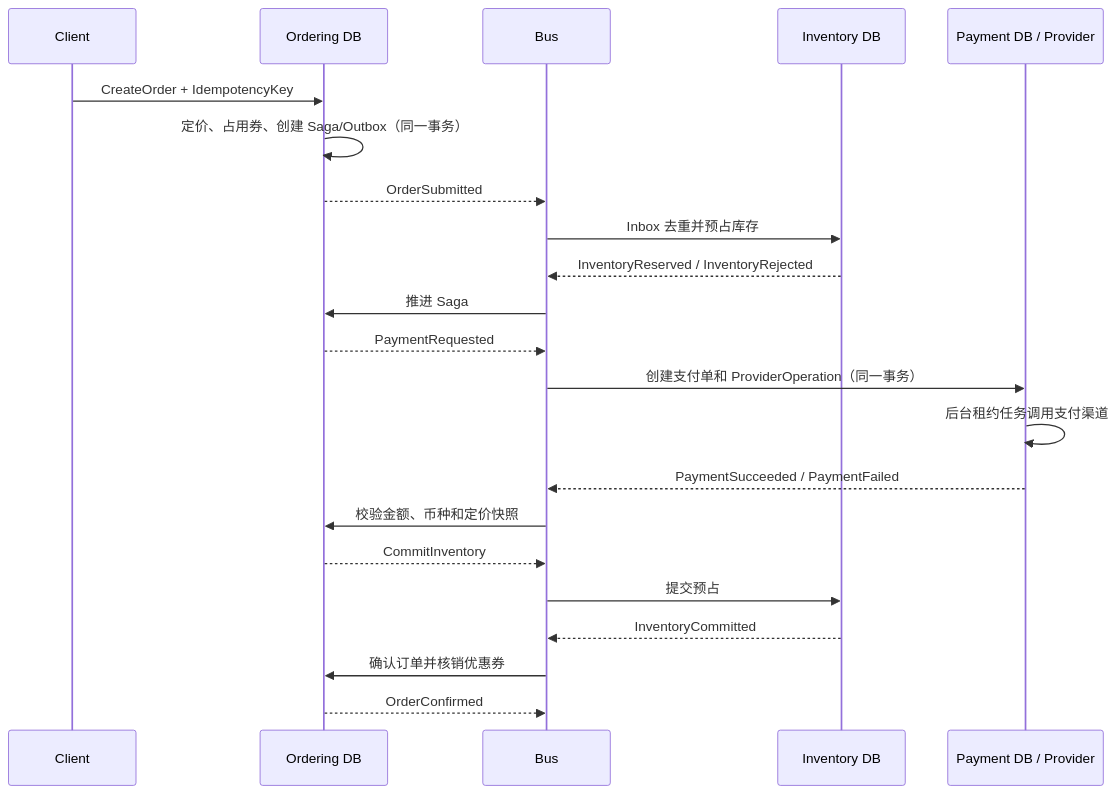
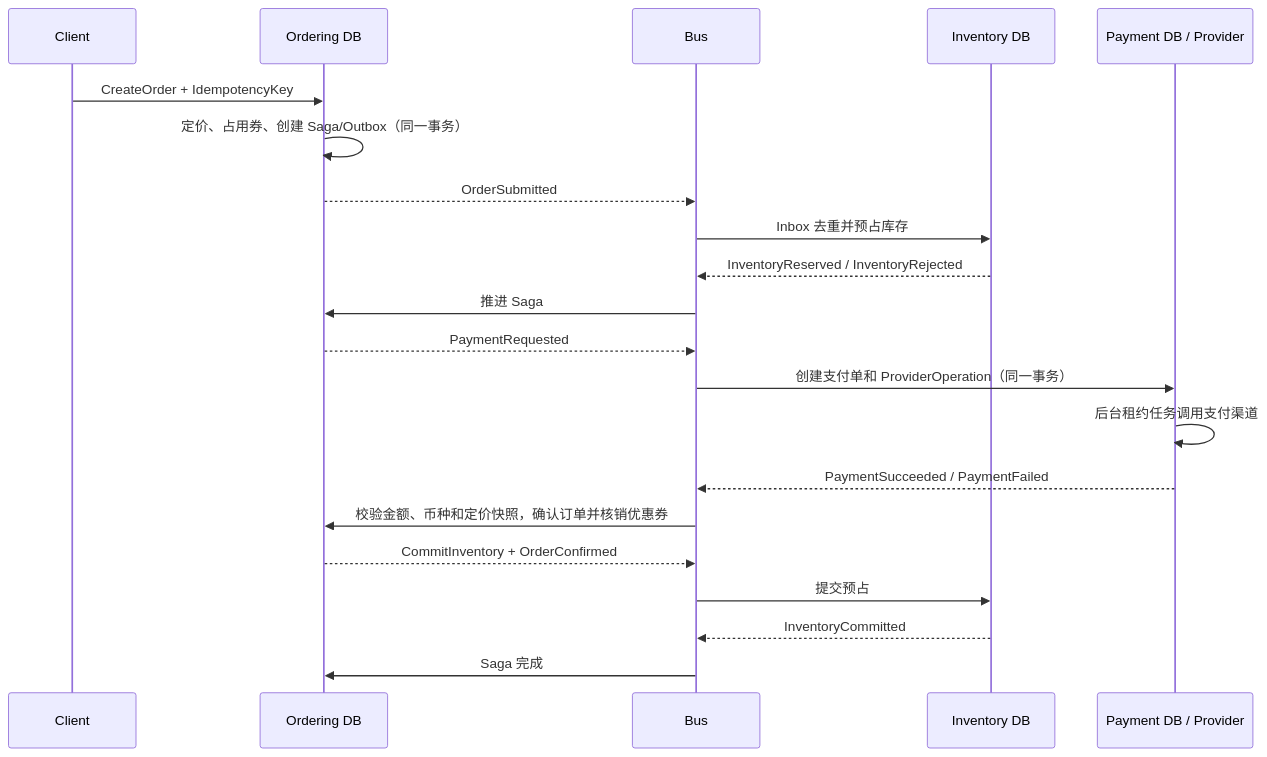
Before and after one commit to jinzaz/dotnet-microservices-shop: the diagram in docs/core-commerce-refactoring.md, drawn with Mermaid. The commit also changed other lines of this file and 23 other files, not shown here.

````diff
--- a/docs/core-commerce-refactoring.md
+++ b/docs/core-commerce-refactoring.md
@@ -22,25 +22,24 @@
 ```mermaid
 sequenceDiagram
     participant Client
     participant Order as Ordering DB
     participant Bus
     participant Stock as Inventory DB
     participant Pay as Payment DB / Provider
 
     Client->>Order: CreateOrder + IdempotencyKey
     Order->>Order: 定价、占用券、创建 Saga/Outbox（同一事务）
     Order-->>Bus: OrderSubmitted
     Bus->>Stock: Inbox 去重并预占库存
     Stock-->>Bus: InventoryReserved / InventoryRejected
     Bus->>Order: 推进 Saga
     Order-->>Bus: PaymentRequested
     Bus->>Pay: 创建支付单和 ProviderOperation（同一事务）
     Pay->>Pay: 后台租约任务调用支付渠道
     Pay-->>Bus: PaymentSucceeded / PaymentFailed
-    Bus->>Order: 校验金额、币种和定价快照
-    Order-->>Bus: CommitInventory
+    Bus->>Order: 校验金额、币种和定价快照，确认订单并核销优惠券
+    Order-->>Bus: CommitInventory + OrderConfirmed
     Bus->>Stock: 提交预占
     Stock-->>Bus: InventoryCommitted
-    Bus->>Order: 确认订单并核销优惠券
-    Order-->>Bus: OrderConfirmed
+    Bus->>Order: Saga 完成
 ```
````
